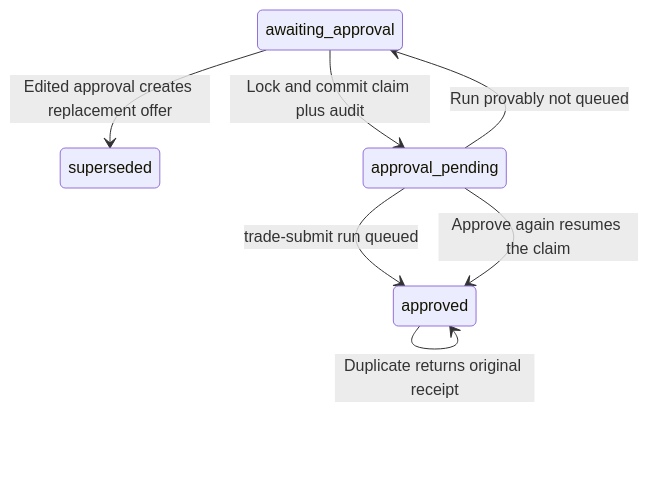
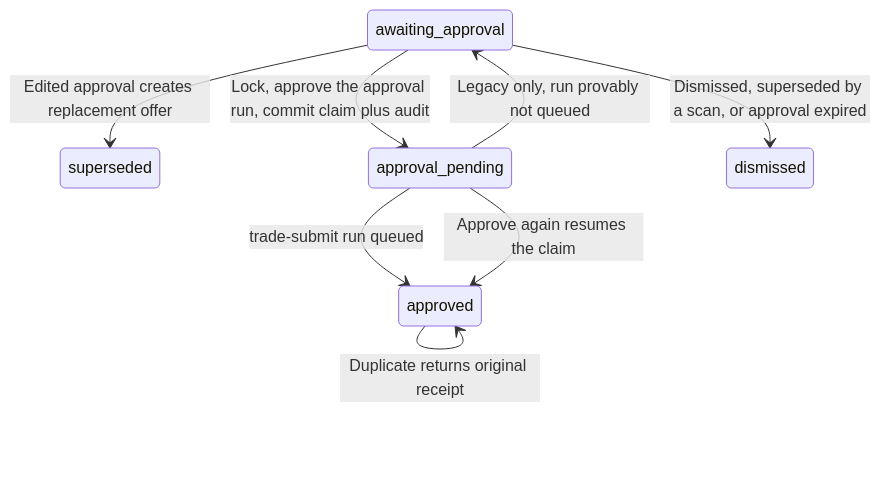
Before and after one commit to cvillarr23/fantasy-core-pipeline: the second of 2 diagrams in docs/decision-pipelines/outgoing-trades.md, drawn with Mermaid. The commit also changed other lines of this file and 14 other files, not shown here.

First line of the commit message:
Resolve trade offers' approval runs on approve, dismiss and expiry (#419)

````diff
--- a/docs/decision-pipelines/outgoing-trades.md
+++ b/docs/decision-pipelines/outgoing-trades.md
@@ -80,9 +109,10 @@
 ```mermaid
 stateDiagram-v2
     awaiting_approval --> superseded: Edited approval creates replacement offer
-    awaiting_approval --> approval_pending: Lock and commit claim plus audit
+    awaiting_approval --> approval_pending: Lock, approve the approval run, commit claim plus audit
+    awaiting_approval --> dismissed: Dismissed, superseded by a scan, or approval expired
     approval_pending --> approved: trade-submit run queued
-    approval_pending --> awaiting_approval: Run provably not queued
+    approval_pending --> awaiting_approval: Legacy only, run provably not queued
     approved --> approved: Duplicate returns original receipt
     approval_pending --> approved: Approve again resumes the claim
 ```
````
